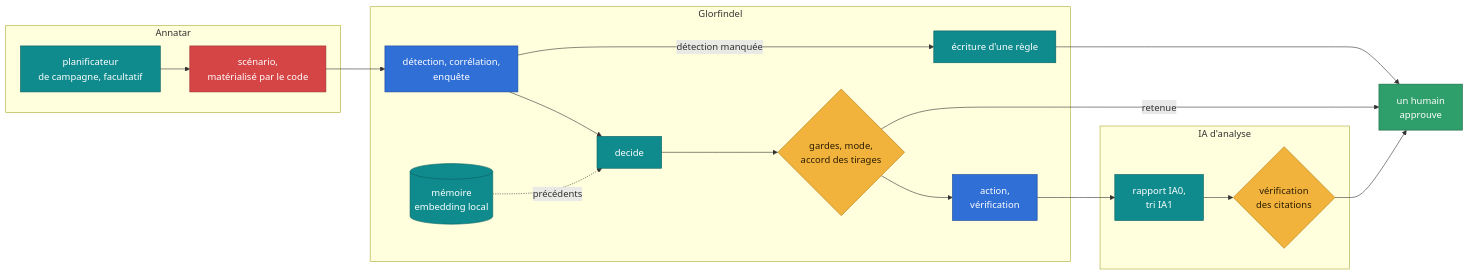
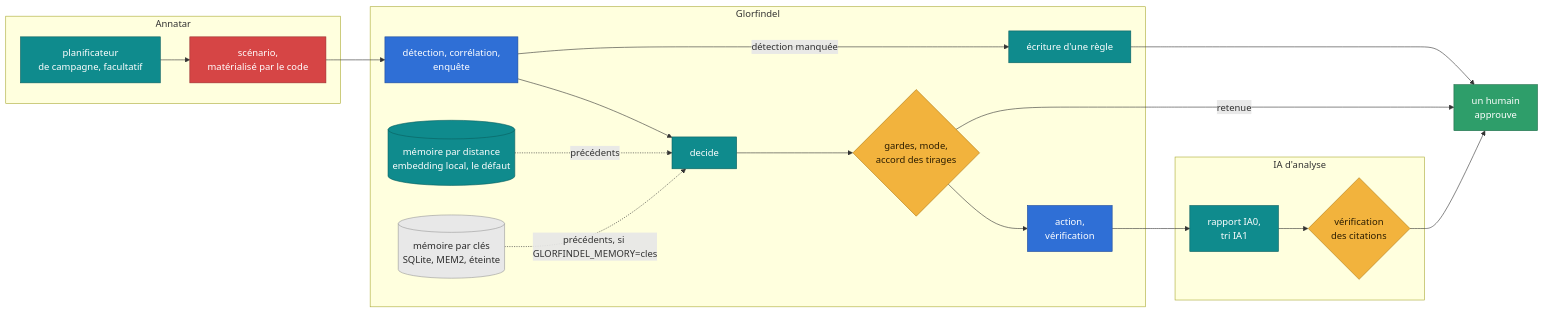
The seventh of 11 diagrams in docs/architecture.md (grootcyber/eregion), drawn with Mermaid before and after one commit. The commit also changed other lines of this file and 9 other files, not shown here.

First line of the commit message:
docs(glorfindel): la mémoire par clés, l'interrupteur, l'import et le rejeu (MEM2)

````diff
--- a/docs/architecture.md
+++ b/docs/architecture.md
@@ -291,35 +292,39 @@
 ```mermaid
 flowchart LR
     subgraph AN["Annatar"]
         PL["planificateur<br/>de campagne, facultatif"]
         SY["scénario,<br/>matérialisé par le code"]
     end
     subgraph GL["Glorfindel"]
         DT["détection, corrélation,<br/>enquête"]
         DE["decide"]
         GA{"gardes, mode,<br/>accord des tirages"}
         AC["action,<br/>vérification"]
         AU["écriture d'une règle"]
-        ME[("mémoire<br/>embedding local")]
+        ME[("mémoire par distance<br/>embedding local, le défaut")]
+        MK[("mémoire par clés<br/>SQLite, MEM2, éteinte")]
     end
     subgraph IA["IA d'analyse"]
         RE["rapport IA0,<br/>tri IA1"]
         VE{"vérification<br/>des citations"}
     end
     HU["un humain<br/>approuve"]
     PL --> SY --> DT --> DE --> GA --> AC
     GA -->|"retenue"| HU
     DT -->|"détection manquée"| AU --> HU
     ME -.->|"précédents"| DE
+    MK -.->|"précédents, si GLORFINDEL_MEMORY=cles"| DE
     AC --> RE --> VE --> HU
     classDef red fill:#d64545,stroke:#9a2f2f,color:#ffffff
     classDef blue fill:#2f6fd6,stroke:#1d4a9a,color:#ffffff
     classDef guard fill:#f2b33d,stroke:#b07a12,color:#2b1d00
     classDef go fill:#2e9e6a,stroke:#1d6b47,color:#ffffff
     classDef model fill:#0f8b8d,stroke:#0a5f60,color:#ffffff
     class SY red
     class DT,AC blue
     class GA,VE guard
     class HU go
     class PL,DE,AU,RE,ME model
+    classDef data fill:#e8e8e8,stroke:#9a9a9a,color:#2b2b2b
+    class MK data
 ```
````
